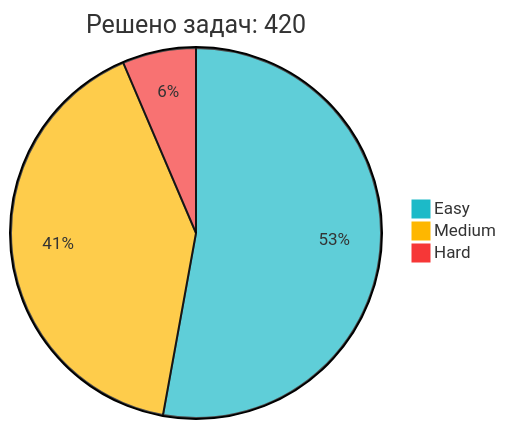
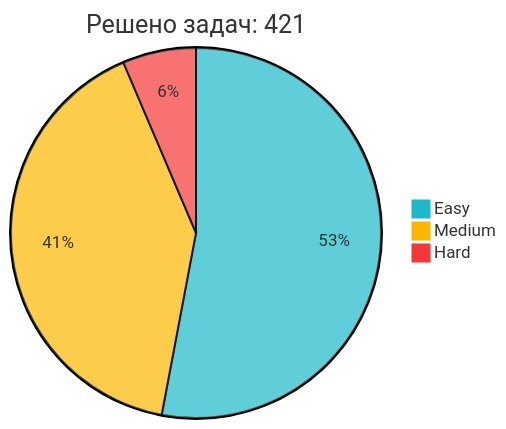
The diagram in README.md (IliaKurdukov/IliaKurdukov), drawn with Mermaid before and after one commit. The commit also changed other lines of this file, not shown here.

Commit message:
📈 Обновление статистики LeetCode

````diff
--- a/README.md
+++ b/README.md
@@ -51,7 +51,7 @@
 ```mermaid
 %%{init: {'theme': 'base', 'themeVariables': { 'pie1': '#1CBAC8', 'pie2': '#FEB700', 'pie3': '#F63737' }, 'config': {'width': 300, 'height': 200}}}%%
-pie title Решено задач: 420
-   "Easy" : 222
+pie title Решено задач: 421
+   "Easy" : 223
    "Medium" : 171
    "Hard" : 27
 ```
````
